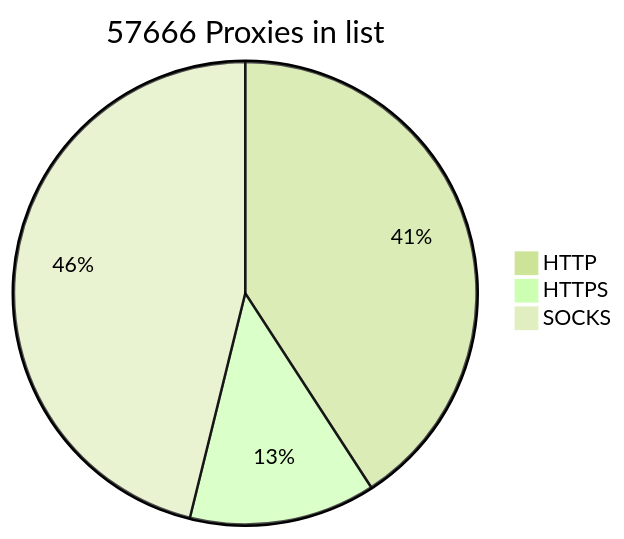
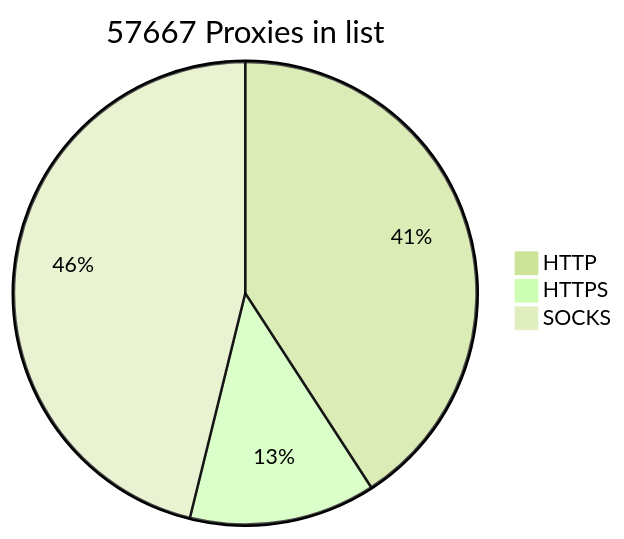
The diagram in README.md (BlackSnowDot/proxylist-update-every-minute), drawn with Mermaid (forest theme) before and after one commit.

````diff
--- a/README.md
+++ b/README.md
@@ -2,6 +2,6 @@
 ```mermaid
-pie title 57666 Proxies in list
+pie title 57667 Proxies in list
     "HTTP" : 26463
     "HTTPS": 8429
-    "SOCKS" : 29906
+    "SOCKS" : 29907
 ```
````
